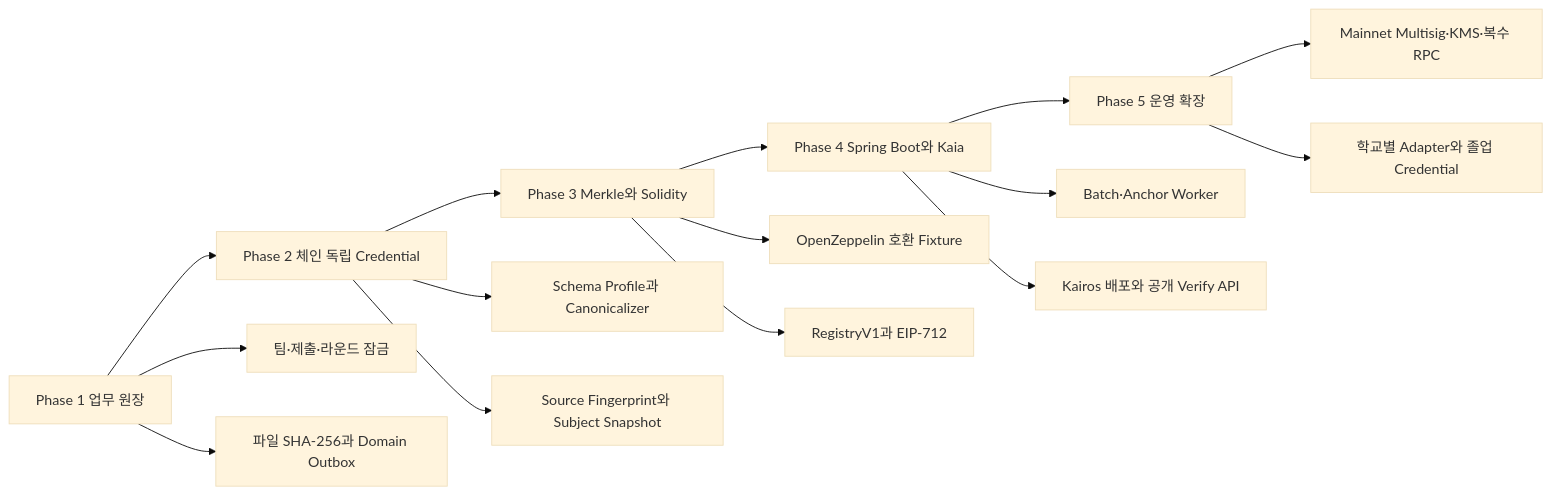
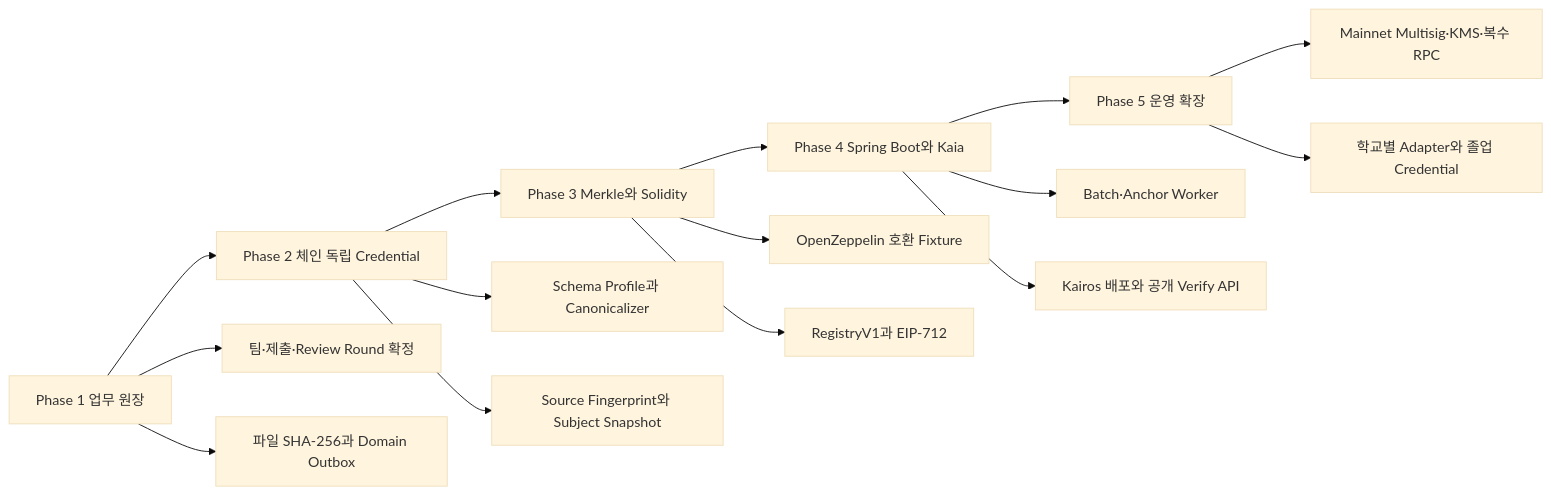
One commit to Tok-Baro/Trekkey_BackEnd changed diagram 21 of 22 in docs/architecture-diagrams.md. Above: the diagram before and after it, drawn with Mermaid (base theme). The commit also changed other lines of this file and 6 other files, not shown here.

````diff
--- a/docs/architecture-diagrams.md
+++ b/docs/architecture-diagrams.md
@@ -570,18 +576,18 @@
 ```mermaid
 flowchart LR
     phase1["Phase 1 업무 원장"] --> phase2["Phase 2 체인 독립 Credential"]
     phase2 --> phase3["Phase 3 Merkle와 Solidity"]
     phase3 --> phase4["Phase 4 Spring Boot와 Kaia"]
     phase4 --> phase5["Phase 5 운영 확장"]
 
-    phase1 --> p1a["팀·제출·라운드 잠금"]
+    phase1 --> p1a["팀·제출·Review Round 확정"]
     phase1 --> p1b["파일 SHA-256과 Domain Outbox"]
     phase2 --> p2a["Schema Profile과 Canonicalizer"]
     phase2 --> p2b["Source Fingerprint와 Subject Snapshot"]
     phase3 --> p3a["OpenZeppelin 호환 Fixture"]
     phase3 --> p3b["RegistryV1과 EIP-712"]
     phase4 --> p4a["Batch·Anchor Worker"]
     phase4 --> p4b["Kairos 배포와 공개 Verify API"]
     phase5 --> p5a["Mainnet Multisig·KMS·복수 RPC"]
     phase5 --> p5b["학교별 Adapter와 졸업 Credential"]
 ```
````
